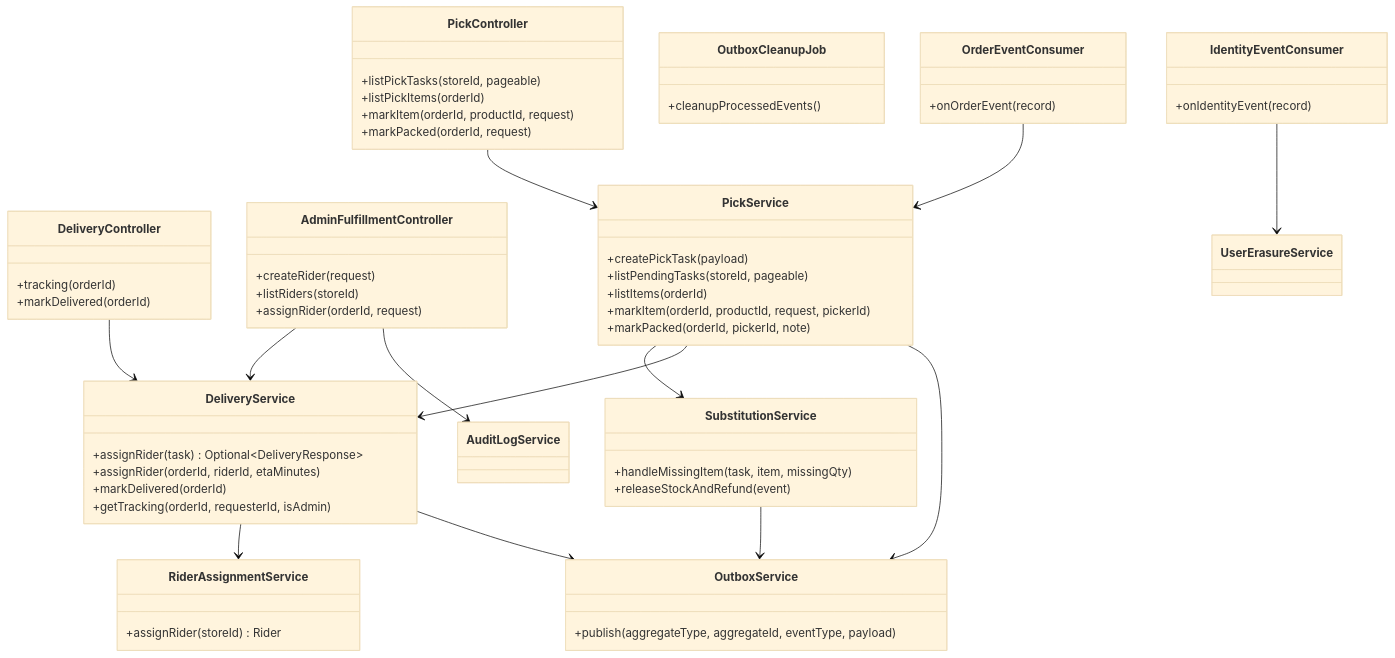
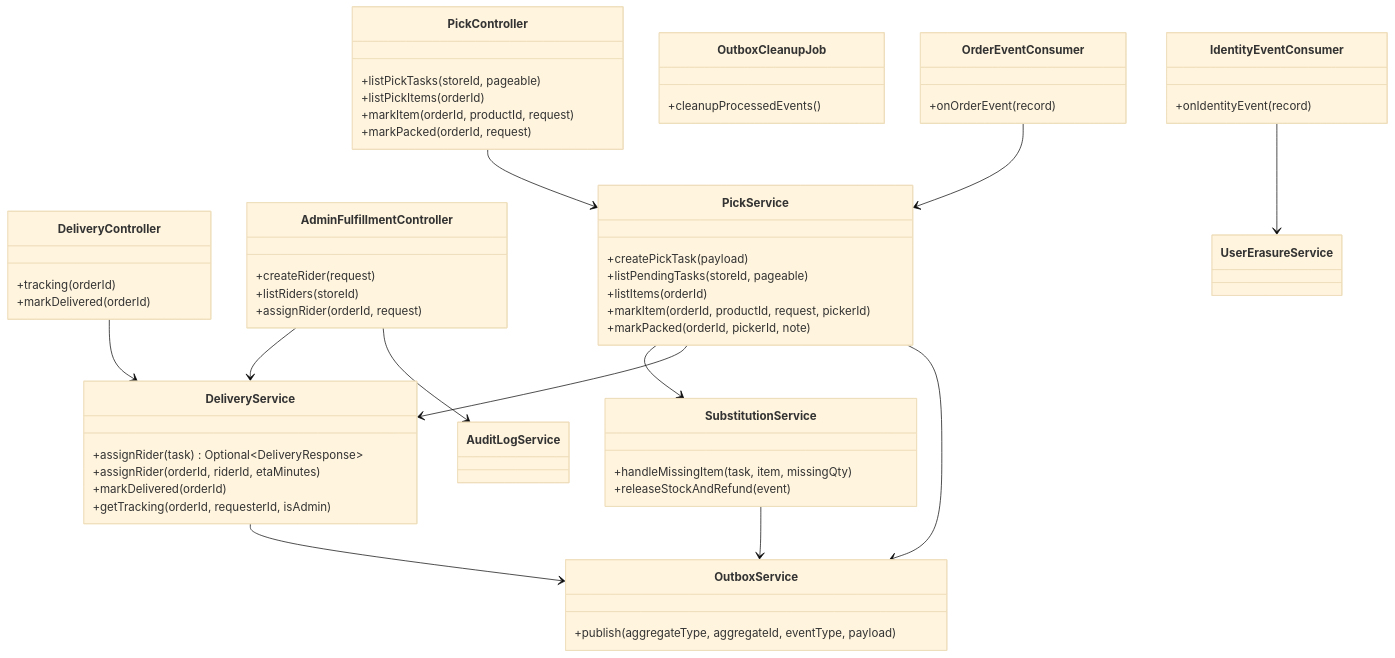
The third of 9 diagrams in services/fulfillment-service/README.md (sunitakeazycommerz-a11y/InstaCommerce), drawn with Mermaid (base theme) before and after one commit. The commit also changed other lines of this file and 2 other files, not shown here.

````diff
--- a/services/fulfillment-service/README.md
+++ b/services/fulfillment-service/README.md
@@ -166,63 +166,59 @@
 ```mermaid
 classDiagram
     class PickController {
         +listPickTasks(storeId, pageable)
         +listPickItems(orderId)
         +markItem(orderId, productId, request)
         +markPacked(orderId, request)
     }
     class DeliveryController {
         +tracking(orderId)
         +markDelivered(orderId)
     }
     class AdminFulfillmentController {
         +createRider(request)
         +listRiders(storeId)
         +assignRider(orderId, request)
     }
     class PickService {
         +createPickTask(payload)
         +listPendingTasks(storeId, pageable)
         +listItems(orderId)
         +markItem(orderId, productId, request, pickerId)
         +markPacked(orderId, pickerId, note)
     }
     class DeliveryService {
         +assignRider(task) Optional~DeliveryResponse~
         +assignRider(orderId, riderId, etaMinutes)
         +markDelivered(orderId)
         +getTracking(orderId, requesterId, isAdmin)
     }
     class SubstitutionService {
         +handleMissingItem(task, item, missingQty)
         +releaseStockAndRefund(event)
     }
-    class RiderAssignmentService {
-        +assignRider(storeId) Rider
-    }
     class OutboxService {
         +publish(aggregateType, aggregateId, eventType, payload)
     }
     class OutboxCleanupJob {
         +cleanupProcessedEvents()
     }
     class OrderEventConsumer {
         +onOrderEvent(record)
     }
     class IdentityEventConsumer {
         +onIdentityEvent(record)
     }
 
     PickController --> PickService
     DeliveryController --> DeliveryService
     AdminFulfillmentController --> DeliveryService
     AdminFulfillmentController --> AuditLogService
     PickService --> SubstitutionService
     PickService --> DeliveryService
     PickService --> OutboxService
-    DeliveryService --> RiderAssignmentService
     DeliveryService --> OutboxService
     SubstitutionService --> OutboxService
     OrderEventConsumer --> PickService
     IdentityEventConsumer --> UserErasureService
 ```
````
